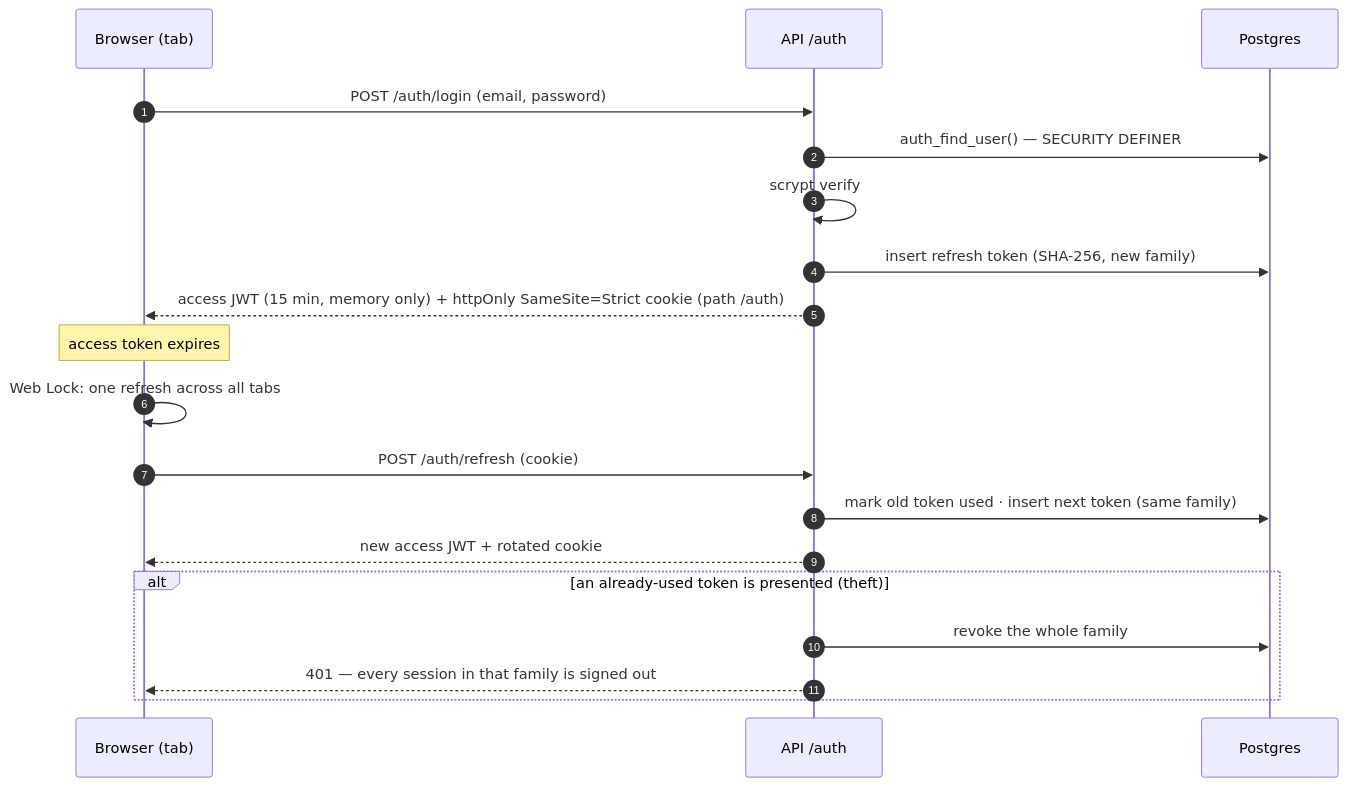
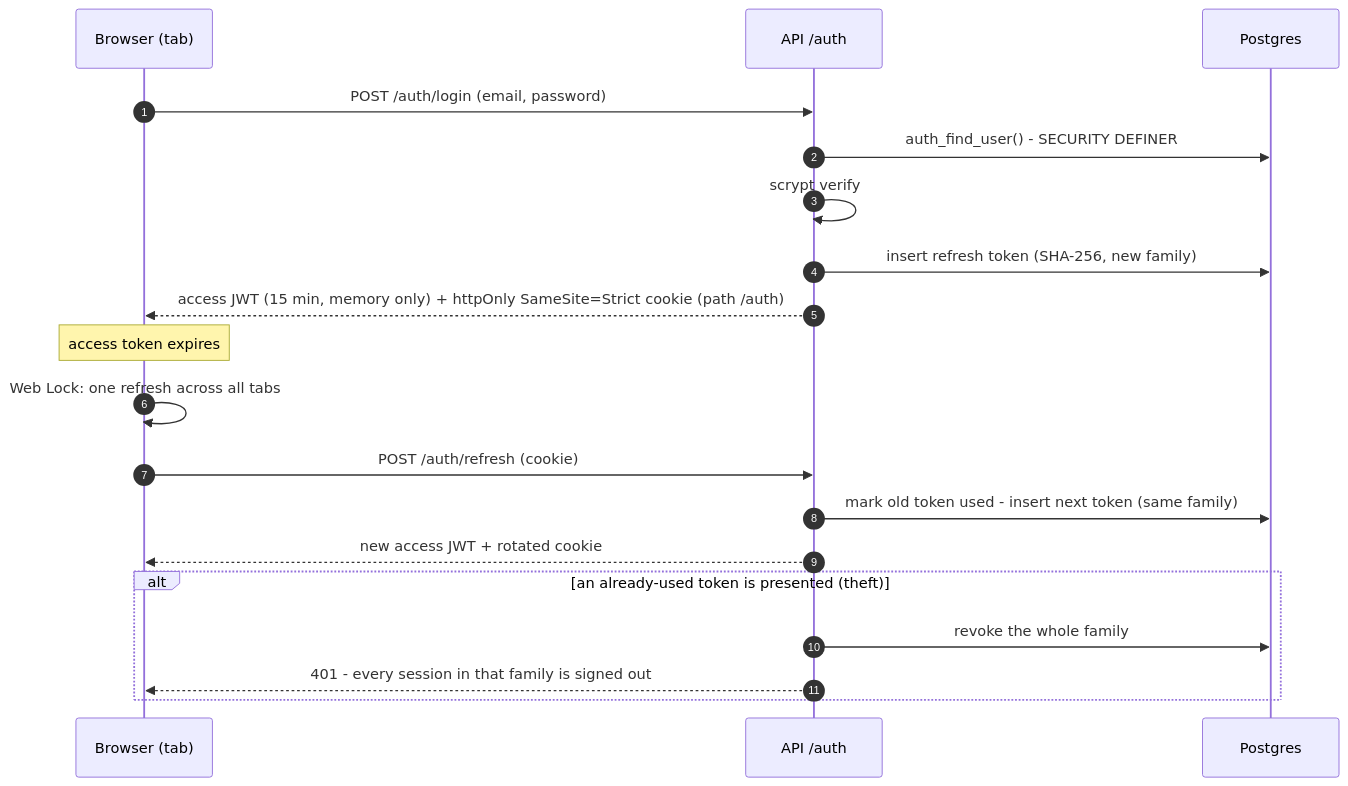
Before and after one commit to JawadulHadi/omni-io: diagram 11 of 14 in docs/gist/omni-io-architecture.md, drawn with Mermaid. The commit also changed other lines of this file, not shown here.

First line of the commit message:
docs(gist): make the architecture doc ASCII-only and drop the raw script tag

````diff
--- a/docs/gist/omni-io-architecture.md
+++ b/docs/gist/omni-io-architecture.md
@@ -483,22 +483,22 @@
 ```mermaid
 sequenceDiagram
   autonumber
   participant B as Browser (tab)
   participant A as API /auth
   participant P as Postgres
 
   B->>A: POST /auth/login (email, password)
-  A->>P: auth_find_user() — SECURITY DEFINER
+  A->>P: auth_find_user() - SECURITY DEFINER
   A->>A: scrypt verify
   A->>P: insert refresh token (SHA-256, new family)
   A-->>B: access JWT (15 min, memory only) + httpOnly SameSite=Strict cookie (path /auth)
   Note over B: access token expires
   B->>B: Web Lock: one refresh across all tabs
   B->>A: POST /auth/refresh (cookie)
-  A->>P: mark old token used · insert next token (same family)
+  A->>P: mark old token used - insert next token (same family)
   A-->>B: new access JWT + rotated cookie
   alt an already-used token is presented (theft)
     A->>P: revoke the whole family
-    A-->>B: 401 — every session in that family is signed out
+    A-->>B: 401 - every session in that family is signed out
   end
 ```
````
